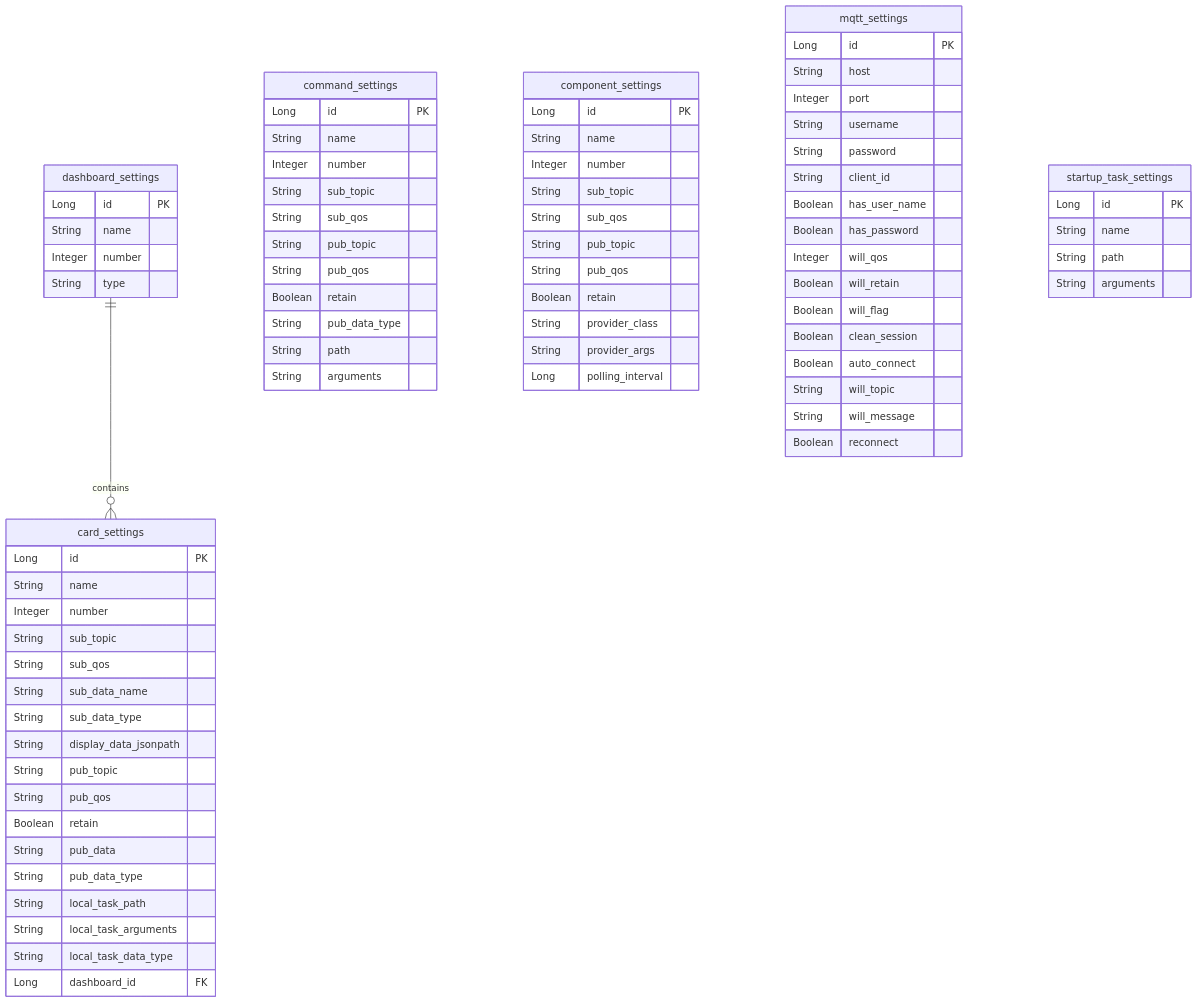
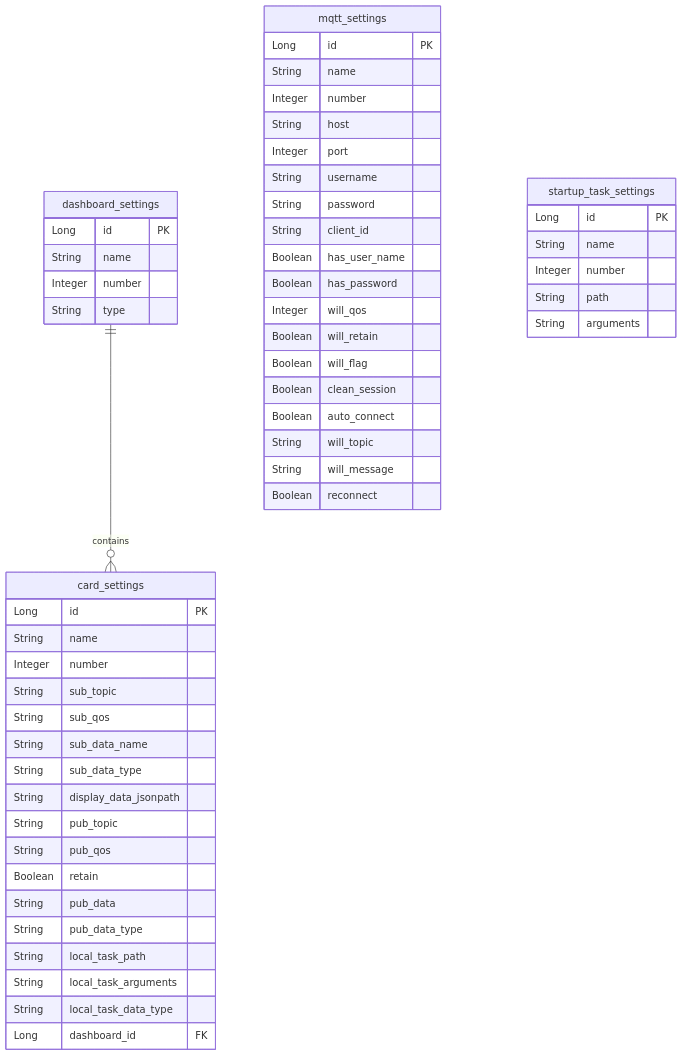
One commit to Maxeltr/homeMq2t changed the fourth of 5 diagrams in plans/architecture.md. Above: the diagram before and after it, drawn with Mermaid. The commit also changed other lines of this file and 4 other files, not shown here.

```diff
--- a/plans/architecture.md
+++ b/plans/architecture.md
@@ -363,36 +329,10 @@
         Long dashboard_id FK
     }
 
-    command_settings {
+    mqtt_settings {
         Long id PK
         String name
         Integer number
-        String sub_topic
-        String sub_qos
-        String pub_topic
-        String pub_qos
-        Boolean retain
-        String pub_data_type
-        String path
-        String arguments
-    }
-
-    component_settings {
-        Long id PK
-        String name
-        Integer number
-        String sub_topic
-        String sub_qos
-        String pub_topic
-        String pub_qos
-        Boolean retain
-        String provider_class
-        String provider_args
-        Long polling_interval
-    }
-
-    mqtt_settings {
-        Long id PK
         String host
         Integer port
         String username
@@ -413,6 +353,7 @@
     startup_task_settings {
         Long id PK
         String name
+        Integer number
         String path
         String arguments
     }
```
